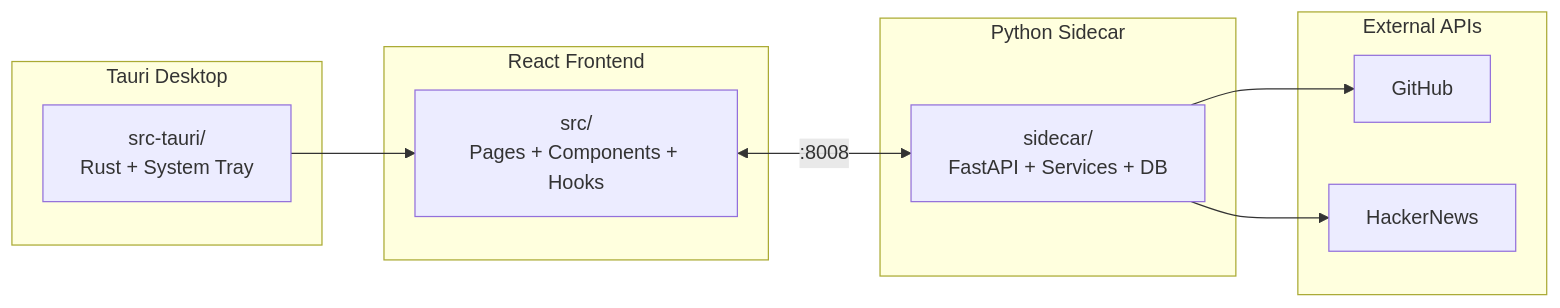
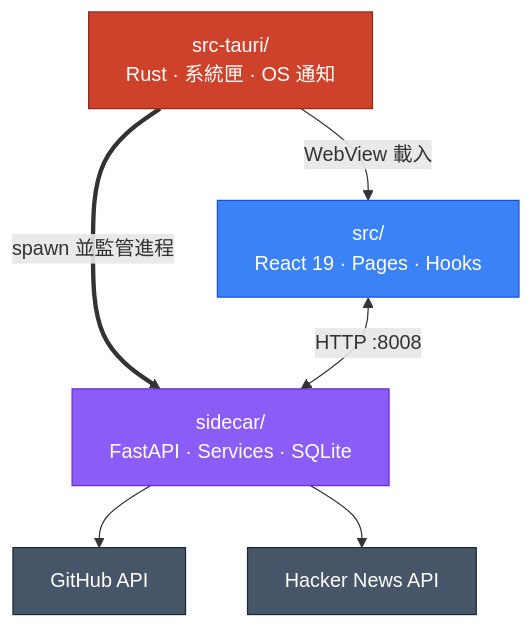
Before and after one commit to Neal75418/StarScope: the diagram in CLAUDE.md, drawn with Mermaid. The commit also changed other lines of this file and 1 other file, not shown here.

First paragraph of the commit message:
docs: 修正三張架構圖的內容錯誤與寬扁比例
三張圖逐一對照原始碼查證，兩個是實質缺陷、一個是形狀問題、一個是圖本身
沒有存在理由。

````diff
--- a/CLAUDE.md
+++ b/CLAUDE.md
@@ -25,24 +25,21 @@
 ```mermaid
-graph LR
-    subgraph Desktop["Tauri Desktop"]
-        T["src-tauri/\nRust + System Tray"]
-    end
+graph TB
+    T["src-tauri/<br/>Rust · 系統匣 · OS 通知"]
+    F["src/<br/>React 19 · Pages · Hooks"]
+    B["sidecar/<br/>FastAPI · Services · SQLite"]
 
-    subgraph Frontend["React Frontend"]
-        F["src/\nPages + Components + Hooks"]
-    end
+    T -->|"WebView 載入"| F
+    T ==>|"spawn 並監管進程"| B
+    F <-->|"HTTP :8008"| B
+    B --> G["GitHub API"]
+    B --> H["Hacker News API"]
 
-    subgraph Backend["Python Sidecar"]
-        B["sidecar/\nFastAPI + Services + DB"]
-    end
-
-    subgraph APIs["External APIs"]
-        G["GitHub"]
-        H["HackerNews"]
-    end
-
-    T --> F
-    F <-->|":8008"| B
-    B --> G
-    B --> H
+    classDef rust fill:#ce422b,stroke:#8b2c1d,color:#fff
+    classDef web fill:#3b82f6,stroke:#1d4ed8,color:#fff
+    classDef py fill:#8b5cf6,stroke:#6d28d9,color:#fff
+    classDef ext fill:#475569,stroke:#1e293b,color:#fff
+    class T rust
+    class F web
+    class B py
+    class G,H ext
 ```
````
